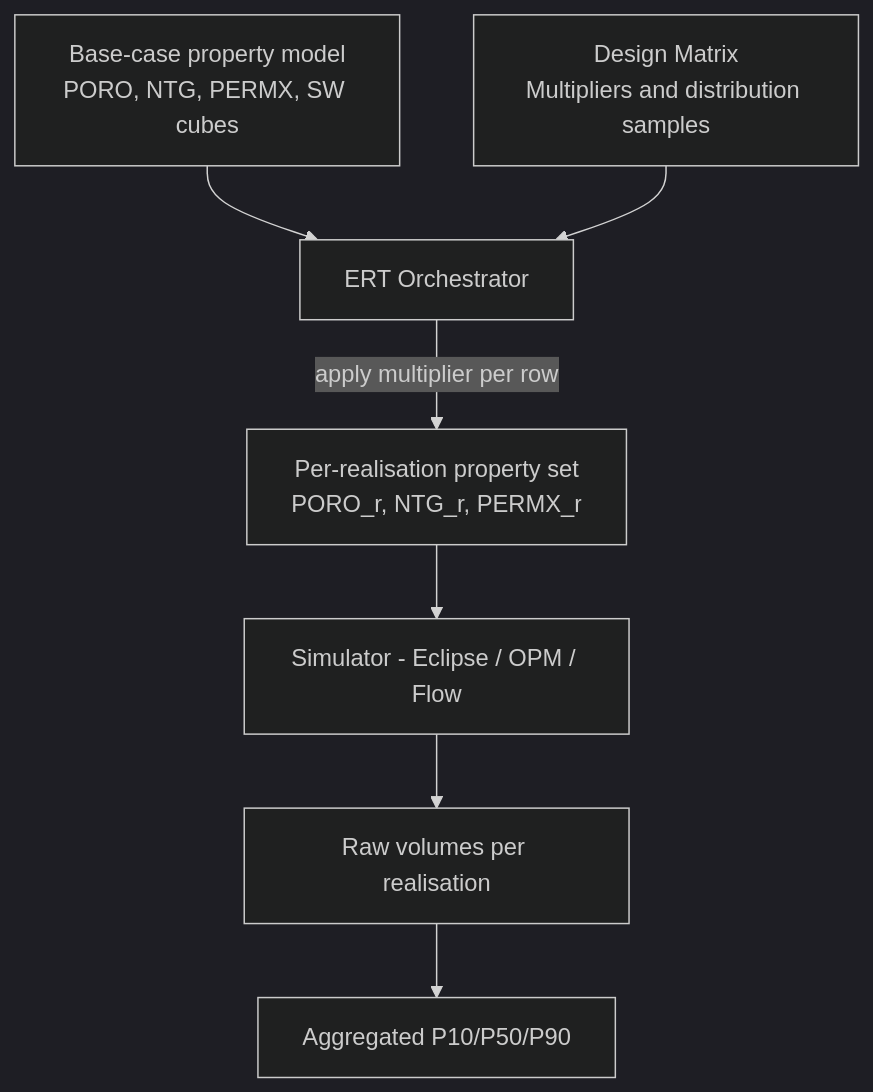
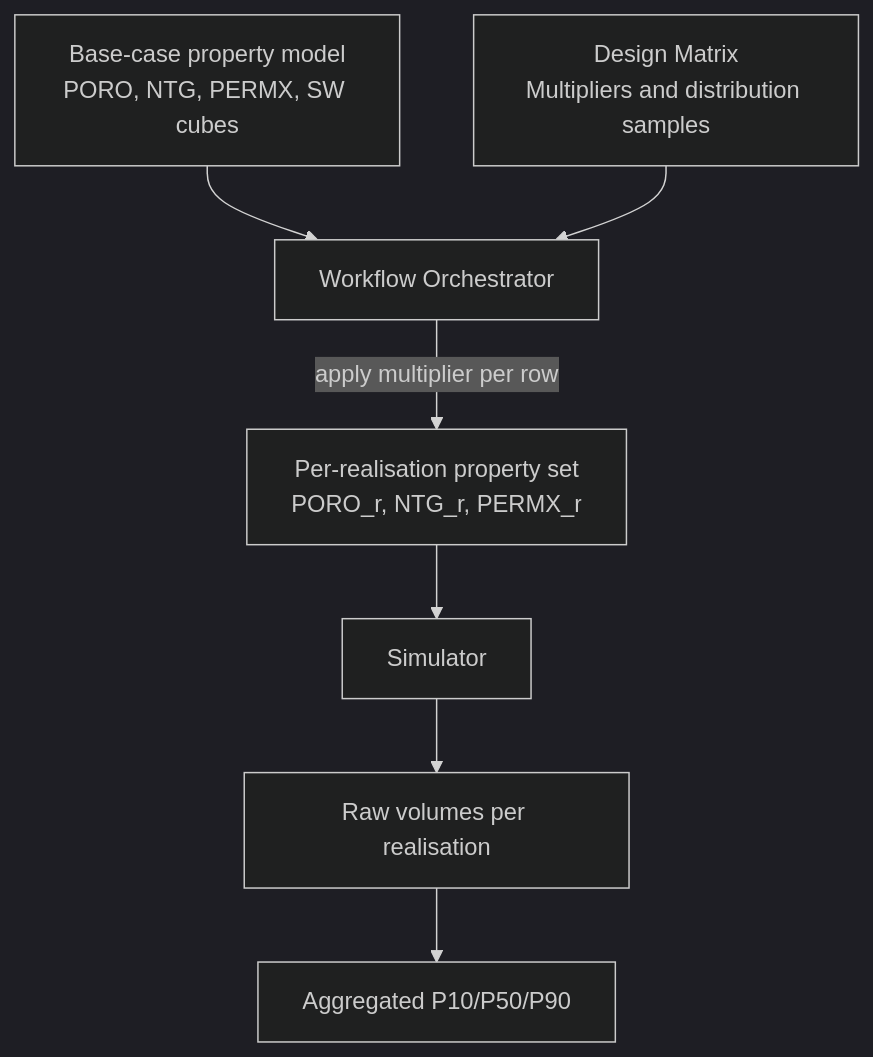
The first of 5 diagrams in md/Uncertainty.md (equinor/ores), drawn with Mermaid (dark theme) before and after one commit. The commit also changed other lines of this file and 11 other files, not shown here.

````diff
--- a/md/Uncertainty.md
+++ b/md/Uncertainty.md
@@ -327,17 +327,17 @@
 ```mermaid
 flowchart TD
   BASE[Base-case property model<br/>PORO, NTG, PERMX, SW cubes]
   DM[Design Matrix<br/>Multipliers and distribution samples]
-  ERT[ERT Orchestrator]
+  ORCH[Workflow Orchestrator]
   REAL[Per-realisation property set<br/>PORO_r, NTG_r, PERMX_r]
-  SIM[Simulator - Eclipse / OPM / Flow]
+  SIM[Simulator]
   REV[Raw volumes per realisation]
   STATS[Aggregated P10/P50/P90]
 
-  BASE --> ERT
-  DM --> ERT
-  ERT -->|"apply multiplier per row"| REAL
+  BASE --> ORCH
+  DM --> ORCH
+  ORCH -->|"apply multiplier per row"| REAL
   REAL --> SIM
   SIM --> REV
   REV --> STATS
 ```
````
